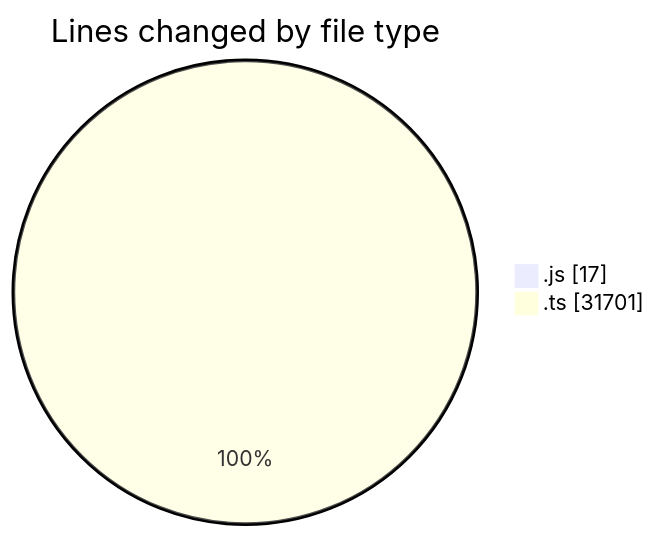
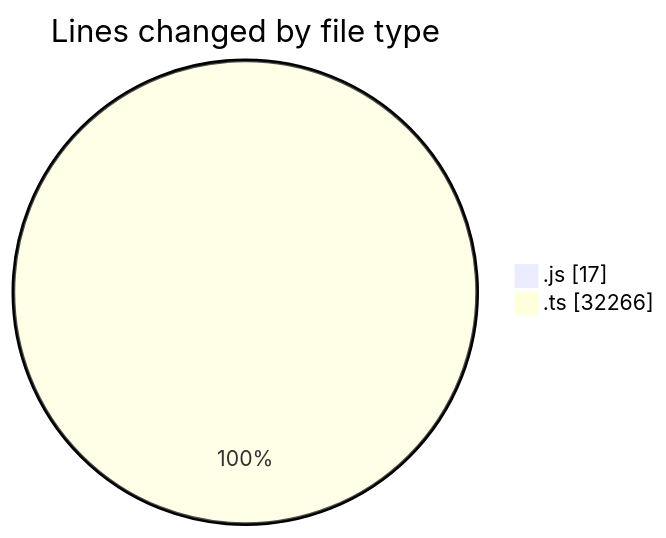
One commit to momahboobian/code-tracking changed the first of 2 diagrams in 2026-07-27/cda/README.md. Above: the diagram before and after it, drawn with Mermaid. The commit also changed other lines of this file and 1 other file, not shown here.

````diff
--- a/2026-07-27/cda/README.md
+++ b/2026-07-27/cda/README.md
@@ -29,6 +29,6 @@
 ```mermaid
 pie showData
 title Lines changed by file type
 ".js" : 17
-".ts" : 31701
+".ts" : 32266
 ```
````
